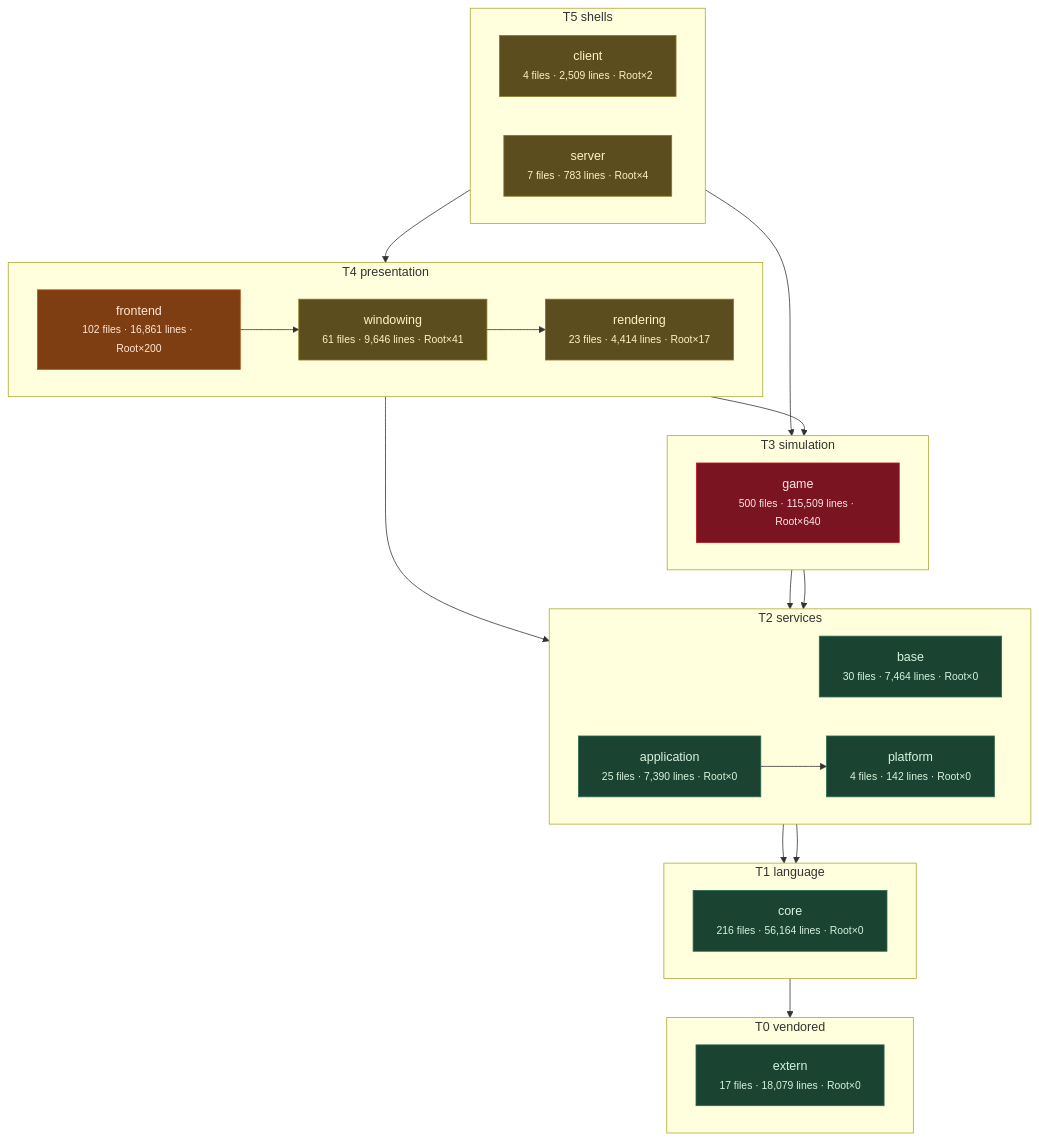
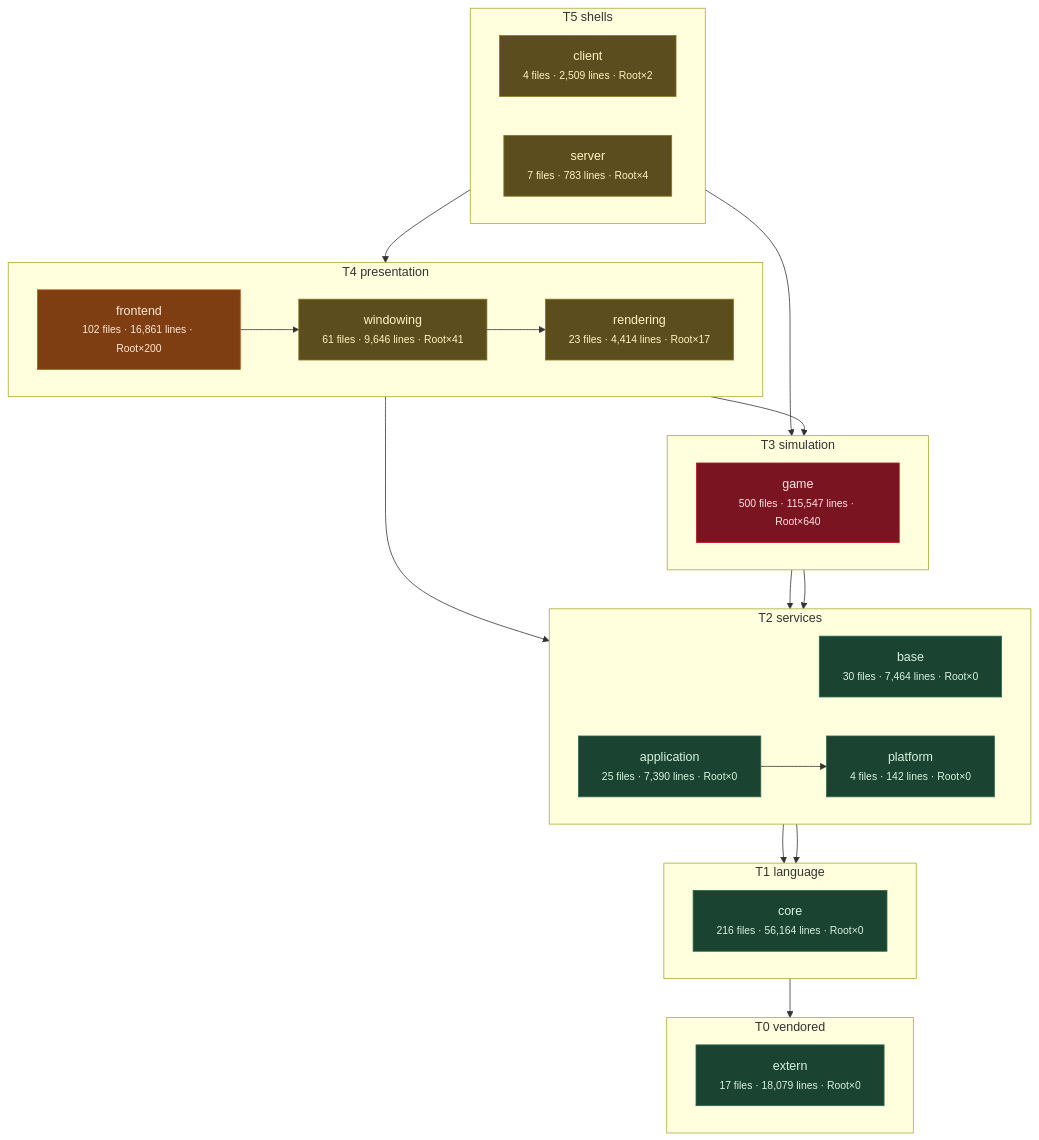
One commit to apnex/OpenStarbound changed the third of 11 diagrams in docs/architecture/system-boundaries.md. Above: the diagram before and after it, drawn with Mermaid. The commit also changed other lines of this file and 1 other file, not shown here.

````diff
--- a/docs/architecture/system-boundaries.md
+++ b/docs/architecture/system-boundaries.md
@@ -270,52 +270,52 @@
 ```mermaid
 flowchart TD
   subgraph T0["T0 vendored"]
     direction LR
     extern["extern<br/><small>17 files · 18,079 lines · Root×0</small>"]
   end
   subgraph T1["T1 language"]
     direction LR
     core["core<br/><small>216 files · 56,164 lines · Root×0</small>"]
   end
   subgraph T2["T2 services"]
     direction LR
     base["base<br/><small>30 files · 7,464 lines · Root×0</small>"]
     platform["platform<br/><small>4 files · 142 lines · Root×0</small>"]
     application["application<br/><small>25 files · 7,390 lines · Root×0</small>"]
   end
   subgraph T3["T3 simulation"]
     direction LR
-    game["game<br/><small>500 files · 115,509 lines · Root×640</small>"]
+    game["game<br/><small>500 files · 115,547 lines · Root×640</small>"]
   end
   subgraph T4["T4 presentation"]
     direction LR
     rendering["rendering<br/><small>23 files · 4,414 lines · Root×17</small>"]
     windowing["windowing<br/><small>61 files · 9,646 lines · Root×41</small>"]
     frontend["frontend<br/><small>102 files · 16,861 lines · Root×200</small>"]
   end
   subgraph T5["T5 shells"]
     direction LR
     client["client<br/><small>4 files · 2,509 lines · Root×2</small>"]
     server["server<br/><small>7 files · 783 lines · Root×4</small>"]
   end
   core --> extern
   base --> core
   platform --> core
   application --> platform
   game --> base
   game --> platform
   rendering --> application
   rendering --> game
   windowing --> rendering
   frontend --> windowing
   client --> frontend
   server --> game
   classDef clean fill:#1b4332,stroke:#2d6a4f,color:#d8f3dc
   classDef warm  fill:#5c4d1e,stroke:#8a7420,color:#fff3bf
   classDef hot   fill:#7f3e12,stroke:#b5561b,color:#ffe8d6
   classDef blaze fill:#7a1420,stroke:#c1121f,color:#ffe5e5
   class extern,core,base,platform,application clean
   class rendering,windowing,client,server warm
   class frontend hot
   class game blaze
 ```
````
